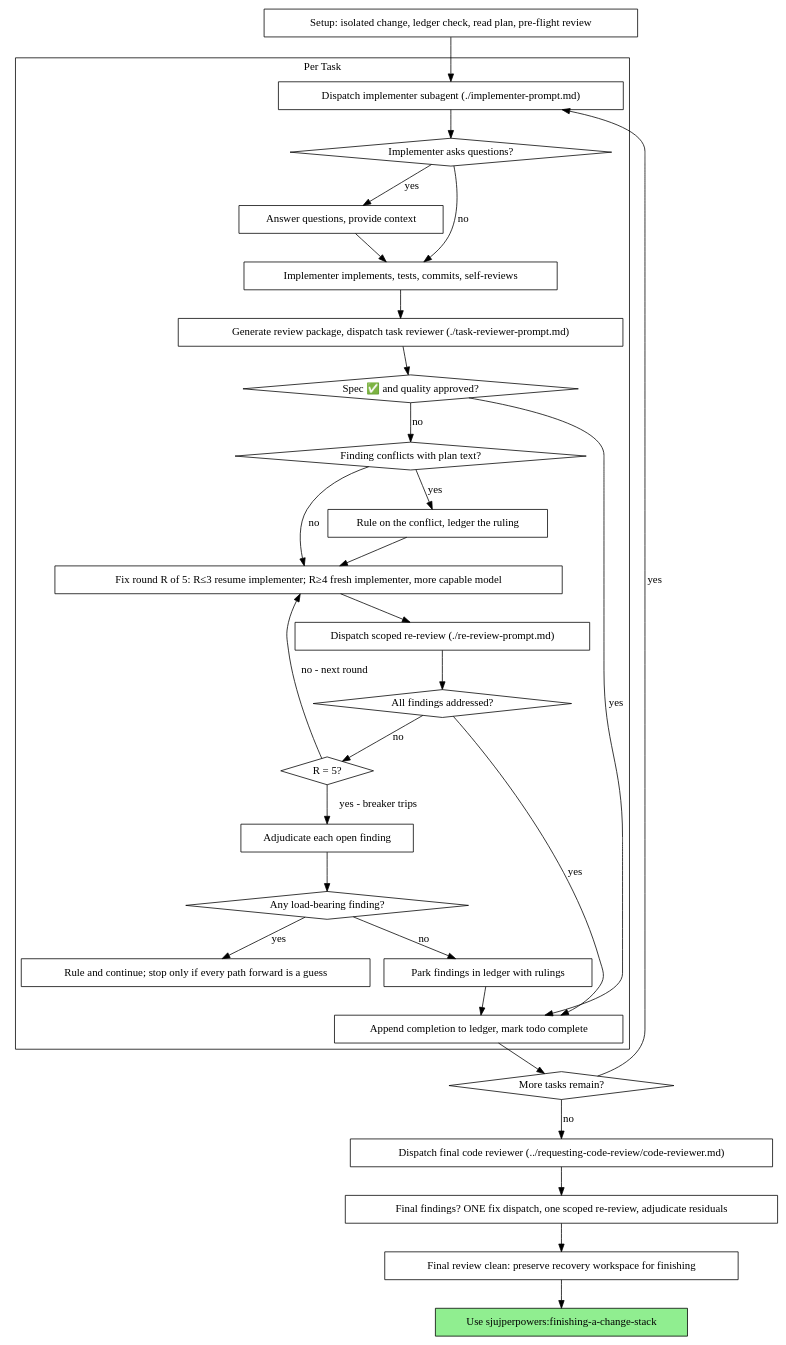
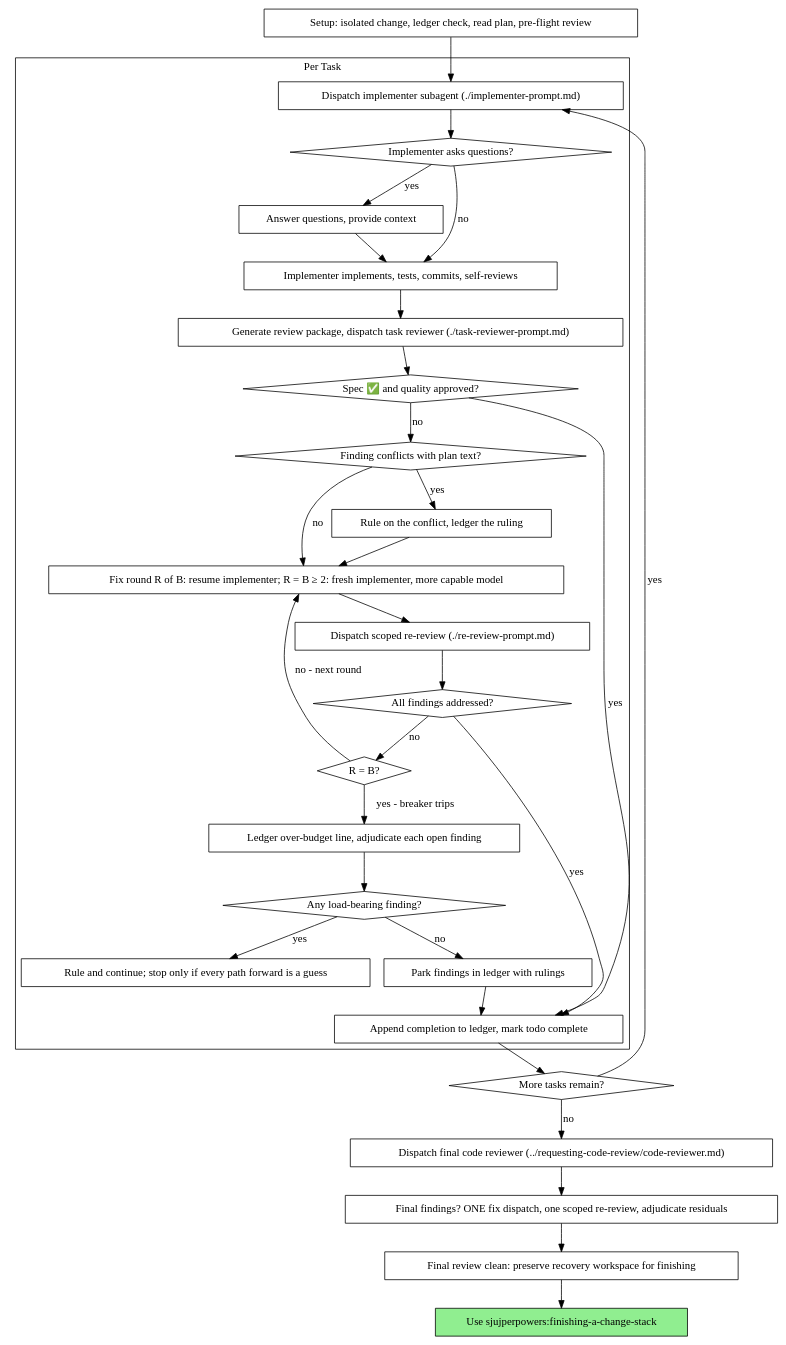
The second of 2 diagrams in skills/subagent-driven-development/SKILL.md (codyw912/sjujperpowers), drawn with Graphviz before and after one commit. The commit also changed other lines of this file and 9 other files, not shown here.

First line of the commit message:
Read a configurable fix-round budget in subagent-driven-development

````diff
--- a/skills/subagent-driven-development/SKILL.md
+++ b/skills/subagent-driven-development/SKILL.md
@@ -61,62 +61,62 @@
 ```dot
 digraph process {
     rankdir=TB;
 
     subgraph cluster_per_task {
         label="Per Task";
         "Dispatch implementer subagent (./implementer-prompt.md)" [shape=box];
         "Implementer asks questions?" [shape=diamond];
         "Answer questions, provide context" [shape=box];
         "Implementer implements, tests, commits, self-reviews" [shape=box];
         "Generate review package, dispatch task reviewer (./task-reviewer-prompt.md)" [shape=box];
         "Spec ✅ and quality approved?" [shape=diamond];
         "Finding conflicts with plan text?" [shape=diamond];
         "Rule on the conflict, ledger the ruling" [shape=box];
-        "Fix round R of 5: R≤3 resume implementer; R≥4 fresh implementer, more capable model" [shape=box];
+        "Fix round R of B: resume implementer; R = B ≥ 2: fresh implementer, more capable model" [shape=box];
         "Dispatch scoped re-review (./re-review-prompt.md)" [shape=box];
         "All findings addressed?" [shape=diamond];
-        "R = 5?" [shape=diamond];
-        "Adjudicate each open finding" [shape=box];
+        "R = B?" [shape=diamond];
+        "Ledger over-budget line, adjudicate each open finding" [shape=box];
         "Any load-bearing finding?" [shape=diamond];
         "Rule and continue; stop only if every path forward is a guess" [shape=box];
         "Park findings in ledger with rulings" [shape=box];
         "Append completion to ledger, mark todo complete" [shape=box];
     }
 
     "Setup: isolated change, ledger check, read plan, pre-flight review" [shape=box];
     "More tasks remain?" [shape=diamond];
     "Dispatch final code reviewer (../requesting-code-review/code-reviewer.md)" [shape=box];
     "Final findings? ONE fix dispatch, one scoped re-review, adjudicate residuals" [shape=box];
     "Final review clean: preserve recovery workspace for finishing" [shape=box];
     "Use sjujperpowers:finishing-a-change-stack" [shape=box style=filled fillcolor=lightgreen];
 
     "Setup: isolated change, ledger check, read plan, pre-flight review" -> "Dispatch implementer subagent (./implementer-prompt.md)";
     "Dispatch implementer subagent (./implementer-prompt.md)" -> "Implementer asks questions?";
     "Implementer asks questions?" -> "Answer questions, provide context" [label="yes"];
     "Answer questions, provide context" -> "Implementer implements, tests, commits, self-reviews";
     "Implementer asks questions?" -> "Implementer implements, tests, commits, self-reviews" [label="no"];
     "Implementer implements, tests, commits, self-reviews" -> "Generate review package, dispatch task reviewer (./task-reviewer-prompt.md)";
     "Generate review package, dispatch task reviewer (./task-reviewer-prompt.md)" -> "Spec ✅ and quality approved?";
     "Spec ✅ and quality approved?" -> "Append completion to ledger, mark todo complete" [label="yes"];
     "Spec ✅ and quality approved?" -> "Finding conflicts with plan text?" [label="no"];
     "Finding conflicts with plan text?" -> "Rule on the conflict, ledger the ruling" [label="yes"];
-    "Rule on the conflict, ledger the ruling" -> "Fix round R of 5: R≤3 resume implementer; R≥4 fresh implementer, more capable model";
-    "Finding conflicts with plan text?" -> "Fix round R of 5: R≤3 resume implementer; R≥4 fresh implementer, more capable model" [label="no"];
-    "Fix round R of 5: R≤3 resume implementer; R≥4 fresh implementer, more capable model" -> "Dispatch scoped re-review (./re-review-prompt.md)";
+    "Rule on the conflict, ledger the ruling" -> "Fix round R of B: resume implementer; R = B ≥ 2: fresh implementer, more capable model";
+    "Finding conflicts with plan text?" -> "Fix round R of B: resume implementer; R = B ≥ 2: fresh implementer, more capable model" [label="no"];
+    "Fix round R of B: resume implementer; R = B ≥ 2: fresh implementer, more capable model" -> "Dispatch scoped re-review (./re-review-prompt.md)";
     "Dispatch scoped re-review (./re-review-prompt.md)" -> "All findings addressed?";
     "All findings addressed?" -> "Append completion to ledger, mark todo complete" [label="yes"];
-    "All findings addressed?" -> "R = 5?" [label="no"];
-    "R = 5?" -> "Fix round R of 5: R≤3 resume implementer; R≥4 fresh implementer, more capable model" [label="no - next round"];
-    "R = 5?" -> "Adjudicate each open finding" [label="yes - breaker trips"];
-    "Adjudicate each open finding" -> "Any load-bearing finding?";
+    "All findings addressed?" -> "R = B?" [label="no"];
+    "R = B?" -> "Fix round R of B: resume implementer; R = B ≥ 2: fresh implementer, more capable model" [label="no - next round"];
+    "R = B?" -> "Ledger over-budget line, adjudicate each open finding" [label="yes - breaker trips"];
+    "Ledger over-budget line, adjudicate each open finding" -> "Any load-bearing finding?";
     "Any load-bearing finding?" -> "Rule and continue; stop only if every path forward is a guess" [label="yes"];
     "Any load-bearing finding?" -> "Park findings in ledger with rulings" [label="no"];
     "Park findings in ledger with rulings" -> "Append completion to ledger, mark todo complete";
     "Append completion to ledger, mark todo complete" -> "More tasks remain?";
     "More tasks remain?" -> "Dispatch implementer subagent (./implementer-prompt.md)" [label="yes"];
     "More tasks remain?" -> "Dispatch final code reviewer (../requesting-code-review/code-reviewer.md)" [label="no"];
     "Dispatch final code reviewer (../requesting-code-review/code-reviewer.md)" -> "Final findings? ONE fix dispatch, one scoped re-review, adjudicate residuals";
     "Final findings? ONE fix dispatch, one scoped re-review, adjudicate residuals" -> "Final review clean: preserve recovery workspace for finishing";
     "Final review clean: preserve recovery workspace for finishing" -> "Use sjujperpowers:finishing-a-change-stack";
 }
 ```
````
